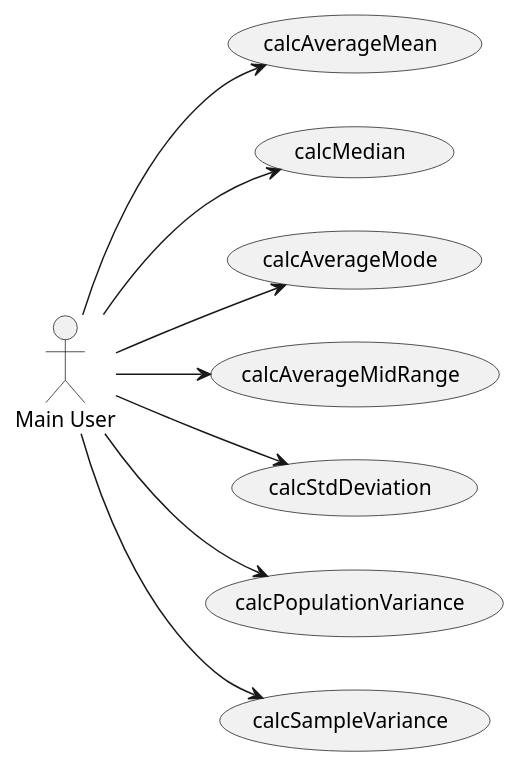
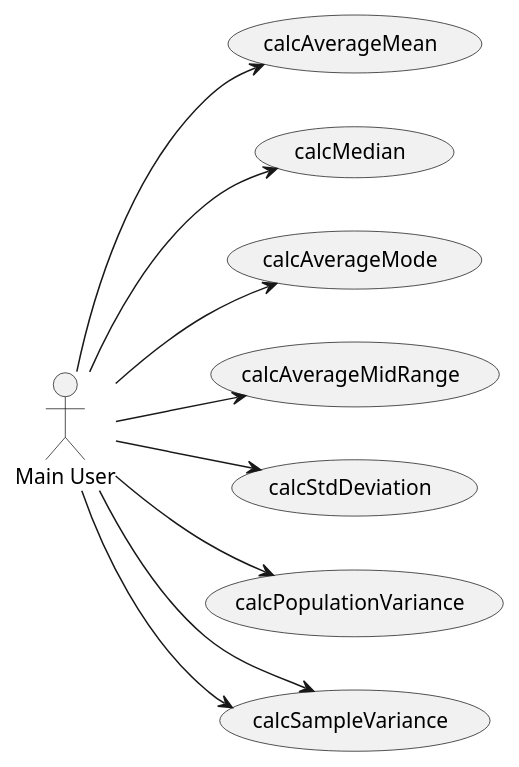
Before and after one commit to Mathiasn21/Data_Object_Instantiation_project: the diagram in diagrams/statistics.puml, drawn with PlantUML. The commit also changed 4 other files, not shown here.

```diff
--- a/diagrams/statistics.puml
+++ b/diagrams/statistics.puml
@@ -1,21 +1,22 @@
 @startuml
 :Main User: as User
 
 (calcAverageMean)
 (calcMedian)
 (calcAverageMode)
 (calcAverageMidRange)
 (calcStdDeviation)
 (calcPopulationVariance)
 (calcSampleVariance)
 
 left to right direction
 User -down-> calcAverageMean
 User -down-> calcMedian
 User -down-> calcAverageMode
 User -down-> calcAverageMidRange
 User -down-> calcStdDeviation
 User -down-> calcPopulationVariance
 User -down-> calcSampleVariance
+User -down-> calcSampleVariance
 
 @enduml
```
